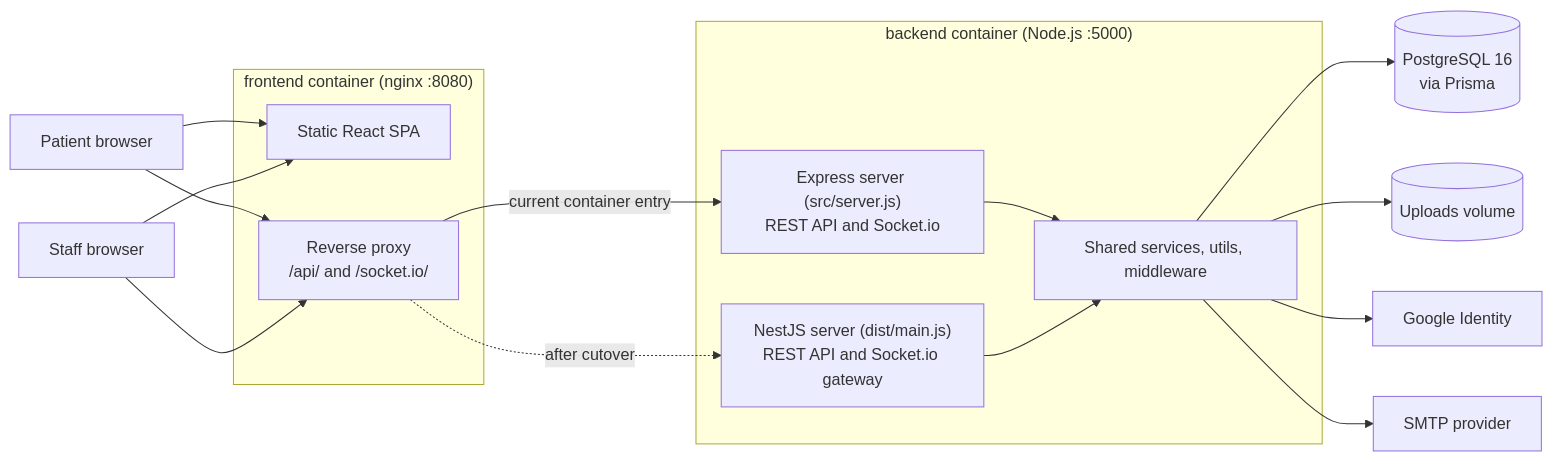
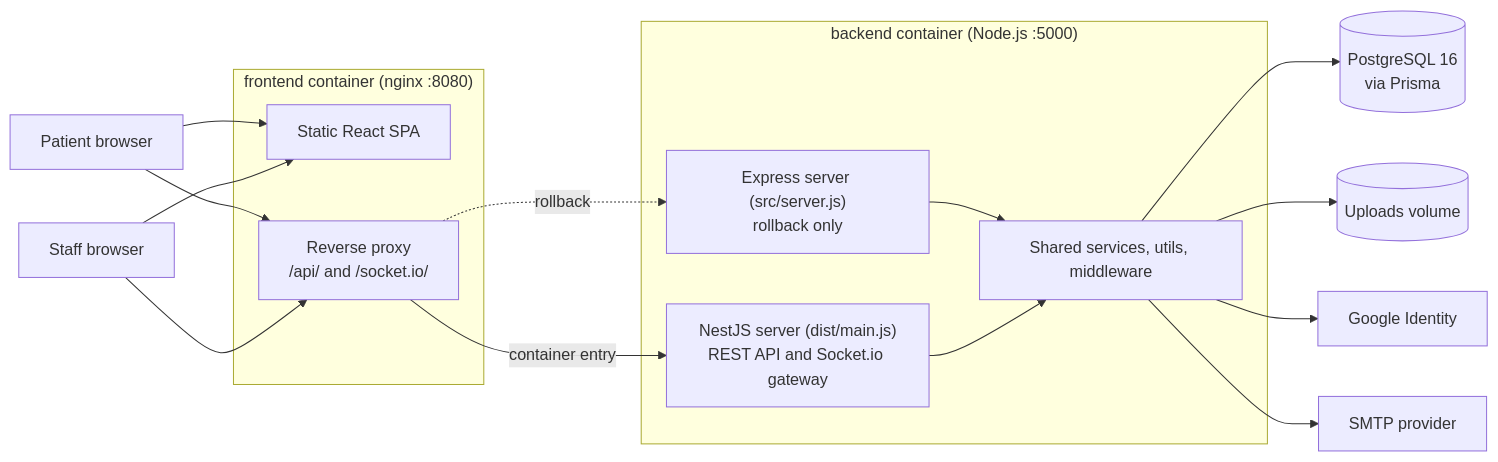
Before and after one commit to Tigo1123/clinic_: the diagram in README.md, drawn with Mermaid. The commit also changed other lines of this file and 11 other files, not shown here.

First line of the commit message:
feat(backend): cut production over to the NestJS server

````diff
--- a/README.md
+++ b/README.md
@@ -25,34 +25,34 @@
 ```mermaid
 flowchart LR
   patient["Patient browser"]
   staff["Staff browser"]
 
   subgraph web["frontend container (nginx :8080)"]
     spa["Static React SPA"]
     proxy["Reverse proxy<br/>/api/ and /socket.io/"]
   end
 
   subgraph api["backend container (Node.js :5000)"]
-    express["Express server (src/server.js)<br/>REST API and Socket.io"]
+    express["Express server (src/server.js)<br/>rollback only"]
     nest["NestJS server (dist/main.js)<br/>REST API and Socket.io gateway"]
     services["Shared services, utils, middleware"]
   end
 
   db[("PostgreSQL 16<br/>via Prisma")]
   uploads[("Uploads volume")]
   google["Google Identity"]
   smtp["SMTP provider"]
 
   patient --> spa
   staff --> spa
   patient --> proxy
   staff --> proxy
-  proxy -->|"current container entry"| express
-  proxy -.->|"after cutover"| nest
+  proxy -->|"container entry"| nest
+  proxy -.->|"rollback"| express
   express --> services
   nest --> services
   services --> db
   services --> uploads
   services --> google
   services --> smtp
 ```
````
